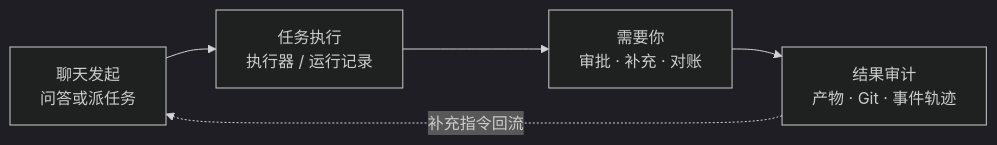
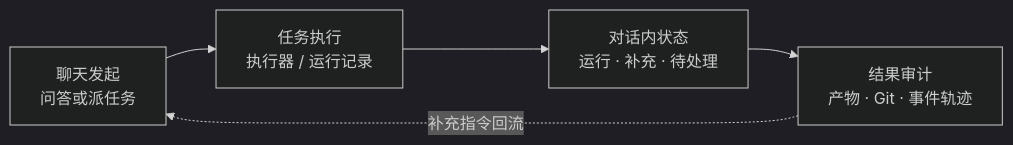
Before and after one commit to hearthproject/hearth-os: the first of 4 diagrams in docs/architecture/Hearth-前端架构设计说明.md, drawn with Mermaid (dark theme). The commit also changed other lines of this file and 2 other files, not shown here.

````diff
--- a/docs/architecture/Hearth-前端架构设计说明.md
+++ b/docs/architecture/Hearth-前端架构设计说明.md
@@ -15,7 +15,7 @@
 ```mermaid
 flowchart LR
     A["聊天发起<br/>问答或派任务"] --> B["任务执行<br/>执行器 / 运行记录"]
-    B --> C["需要你<br/>审批 · 补充 · 对账"]
+    B --> C["对话内状态<br/>运行 · 补充 · 待处理"]
     C --> D["结果审计<br/>产物 · Git · 事件轨迹"]
     D -.->|"补充指令回流"| A
 ```
````
